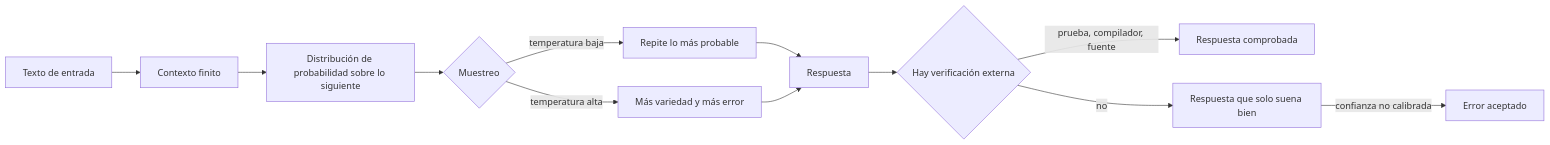
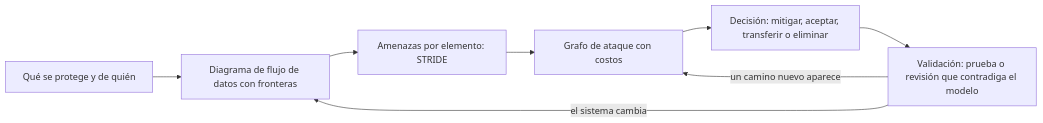
Before and after one commit to vladimiracunadev-create/modern-software-engineering-program: the diagram in content/part-38/SE-457.md, drawn with Mermaid. The commit also changed other lines of this file and 5193 other files, not shown here.

````diff
--- a/content/part-38/SE-457.md
+++ b/content/part-38/SE-457.md
@@ -57,14 +56,10 @@
 ```mermaid
 flowchart LR
-    A[Texto de entrada] --> B[Contexto finito]
-    B --> C[Distribución de probabilidad sobre lo siguiente]
-    C --> D{Muestreo}
-    D -->|temperatura baja| E[Repite lo más probable]
-    D -->|temperatura alta| F[Más variedad y más error]
-    E --> G[Respuesta]
-    F --> G
-    G --> H{Hay verificación externa}
-    H -->|prueba, compilador, fuente| I[Respuesta comprobada]
-    H -->|no| J[Respuesta que solo suena bien]
-    J -->|confianza no calibrada| K[Error aceptado]
+    A[Qué se protege y de quién] --> B[Diagrama de flujo de datos con fronteras]
+    B --> C[Amenazas por elemento: STRIDE]
+    C --> D[Grafo de ataque con costos]
+    D --> E[Decisión: mitigar, aceptar, transferir o eliminar]
+    E --> F[Validación: prueba o revisión que contradiga el modelo]
+    F -->|el sistema cambia| B
+    F -->|un camino nuevo aparece| D
 ```
````
